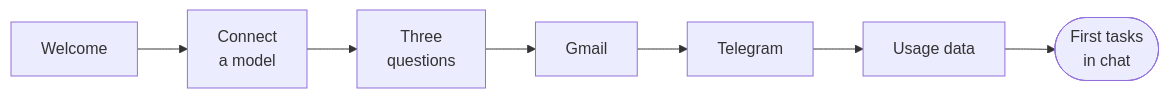
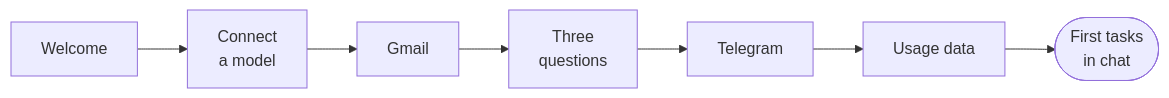
One commit to KrishBhimani/nod changed the diagram in docs/src/content/docs/get-started/first-conversation.mdx. Above: the diagram before and after it, drawn with Mermaid. The commit also changed other lines of this file and 104 other files, not shown here.

````diff
--- a/docs/src/content/docs/get-started/first-conversation.mdx
+++ b/docs/src/content/docs/get-started/first-conversation.mdx
@@ -16,9 +16,9 @@
 ```mermaid
 flowchart LR
   hi[Welcome] --> model[Connect<br/>a model]:::accent
-  model --> q[Three<br/>questions]
-  q --> gmail[Gmail]:::muted
-  gmail --> tg[Telegram]:::muted
+  model --> gmail[Gmail]:::muted
+  gmail --> q[Three<br/>questions]
+  q --> tg[Telegram]:::muted
   tg --> usage[Usage data]
   usage --> cards([First tasks<br/>in chat]):::go
 ```
````
